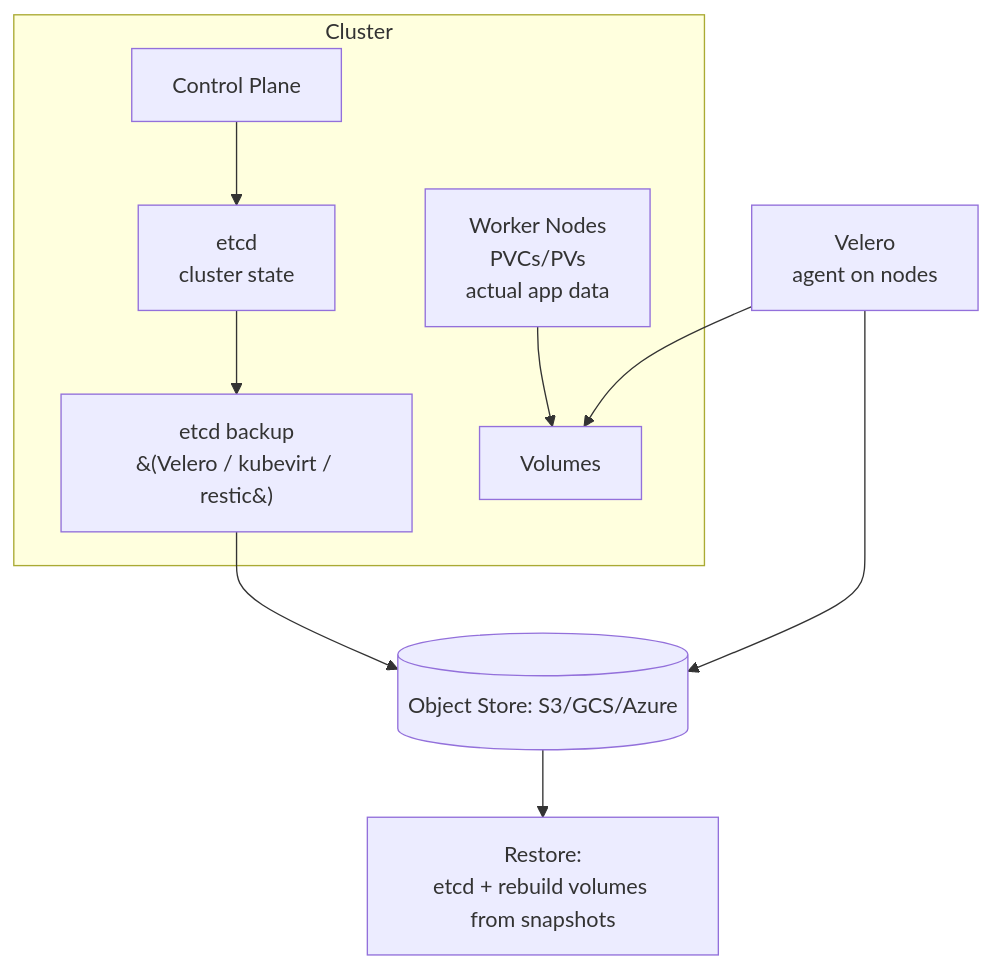
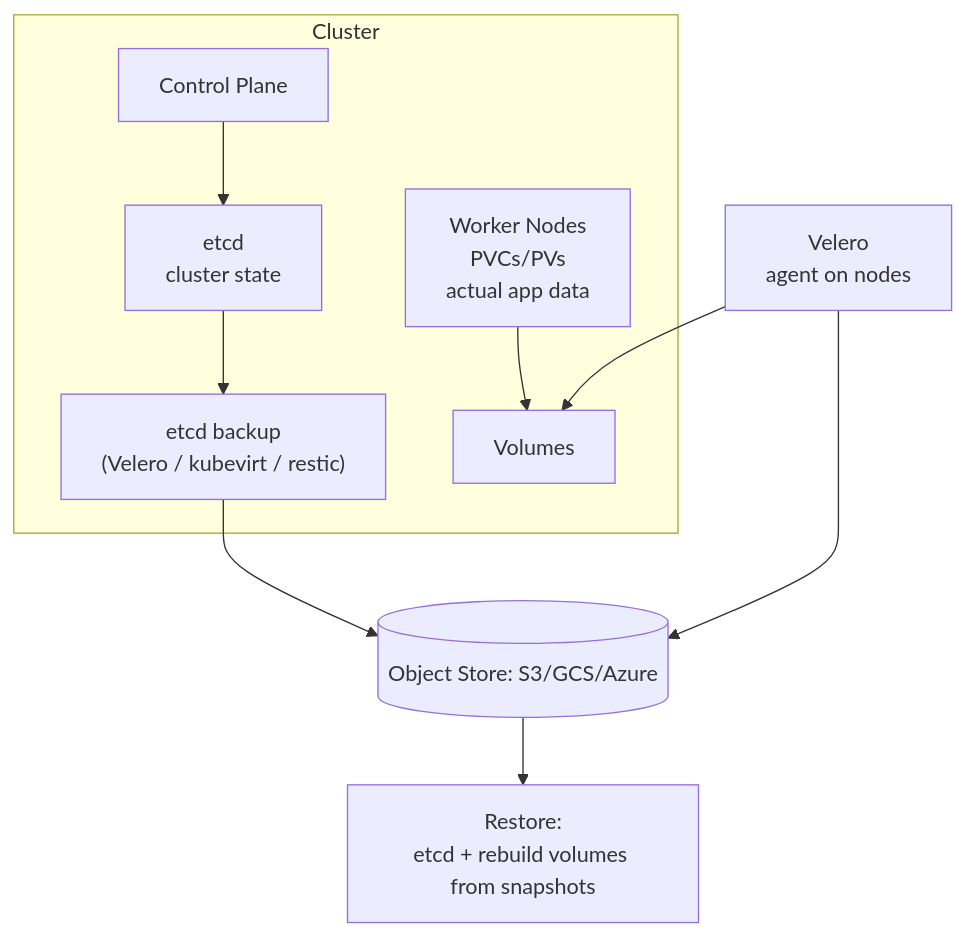
The diagram in 08-cluster-operations/backup-restore.md (WhoisMonesh/K8S-Everything), drawn with Mermaid before and after one commit. The commit also changed 15 other files, not shown here.

First line of the commit message:
Fix Mermaid parentheses syntax - use quoted labels

````diff
--- a/08-cluster-operations/backup-restore.md
+++ b/08-cluster-operations/backup-restore.md
@@ -24,12 +24,12 @@
 ```mermaid
 graph TD
     subgraph Cluster
         A[etcd<br/>cluster state] --> B
         C[Control Plane] --> A
         D[Worker Nodes<br/>PVCs/PVs\nactual app data] --> D2[Volumes]
     end
-    B[etcd backup<br/>&#40;Velero / kubevirt / restic&#41;] --> S3
+    B["etcd backup<br/>(Velero / kubevirt / restic)"] --> S3
     E[Velero<br/>agent on nodes] --> D2
     E --> S3[(Object Store: S3/GCS/Azure)]
     S3 --> R[Restore:<br/>etcd + rebuild volumes from snapshots]
 ```
````
